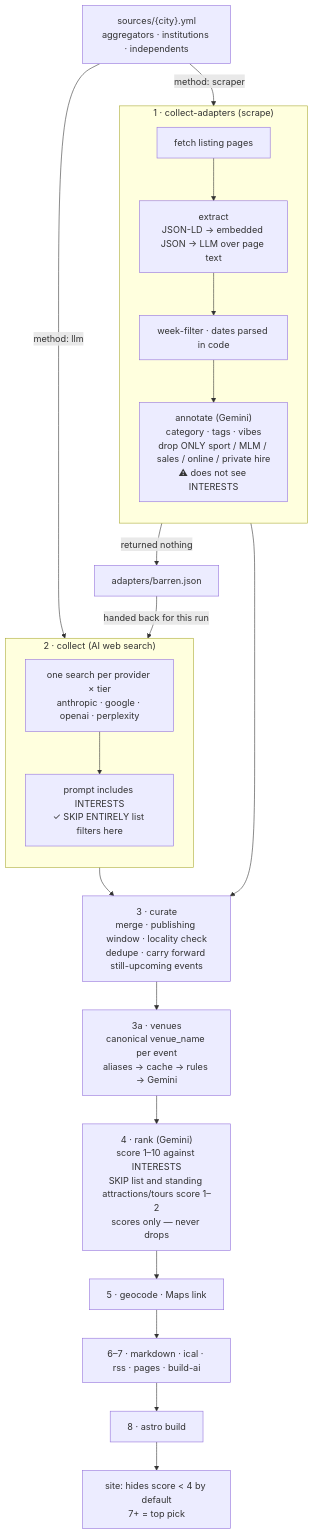
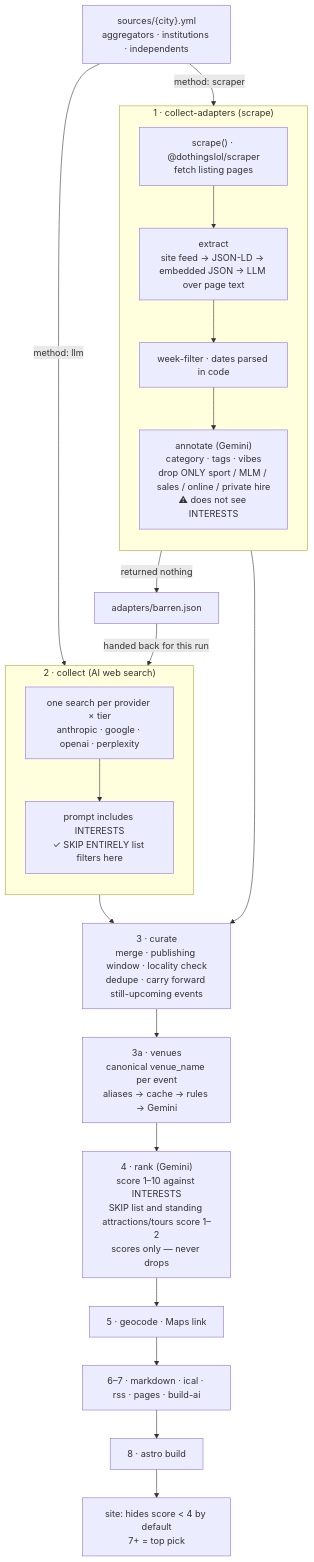
One commit to Amnesthesia/eventyr changed the diagram in README.md. Above: the diagram before and after it, drawn with Mermaid. The commit also changed 1 other file, not shown here.

Commit message:
docs: scraping lives in @dothingslol/scraper; the pipeline keeps the domain half

````diff
--- a/README.md
+++ b/README.md
@@ -47,33 +47,33 @@
 ```mermaid
 flowchart TD
     SRC["sources/{city}.yml<br/>aggregators · institutions · independents"]
 
     SRC -->|method: scraper| SCRAPE
     SRC -->|method: llm| SEARCH
 
     subgraph SCRAPE["1 · collect-adapters (scrape)"]
         direction TB
-        F[fetch listing pages] --> X["extract<br/>JSON-LD → embedded JSON → LLM over page text"]
+        F["scrape() · @dothingslol/scraper<br/>fetch listing pages"] --> X["extract<br/>site feed → JSON-LD → embedded JSON → LLM over page text"]
         X --> W[week-filter · dates parsed in code]
         W --> A["annotate (Gemini)<br/>category · tags · vibes<br/>drop ONLY sport / MLM / sales / online / private hire<br/>⚠ does not see INTERESTS"]
     end
 
     A -->|returned nothing| BARREN[adapters/barren.json]
     BARREN -->|handed back for this run| SEARCH
 
     subgraph SEARCH["2 · collect (AI web search)"]
         direction TB
         P["one search per provider × tier<br/>anthropic · google · openai · perplexity"]
         P --> FMT["prompt includes INTERESTS<br/>✓ SKIP ENTIRELY list filters here"]
     end
 
     A --> CUR
     FMT --> CUR
     CUR["3 · curate<br/>merge · publishing window · locality check<br/>dedupe · carry forward still-upcoming events"]
     CUR --> VEN["3a · venues<br/>canonical venue_name per event<br/>aliases → cache → rules → Gemini"]
     VEN --> RANK["4 · rank (Gemini)<br/>score 1–10 against INTERESTS<br/>SKIP list and standing attractions/tours score 1–2<br/>scores only — never drops"]
     RANK --> GEO[5 · geocode · Maps link]
     GEO --> OUT["6–7 · markdown · ical · rss · pages · build-ai"]
     OUT --> BUILD[8 · astro build]
     BUILD --> SITE["site: hides score &lt; 4 by default<br/>7+ = top pick"]
 ```
````
